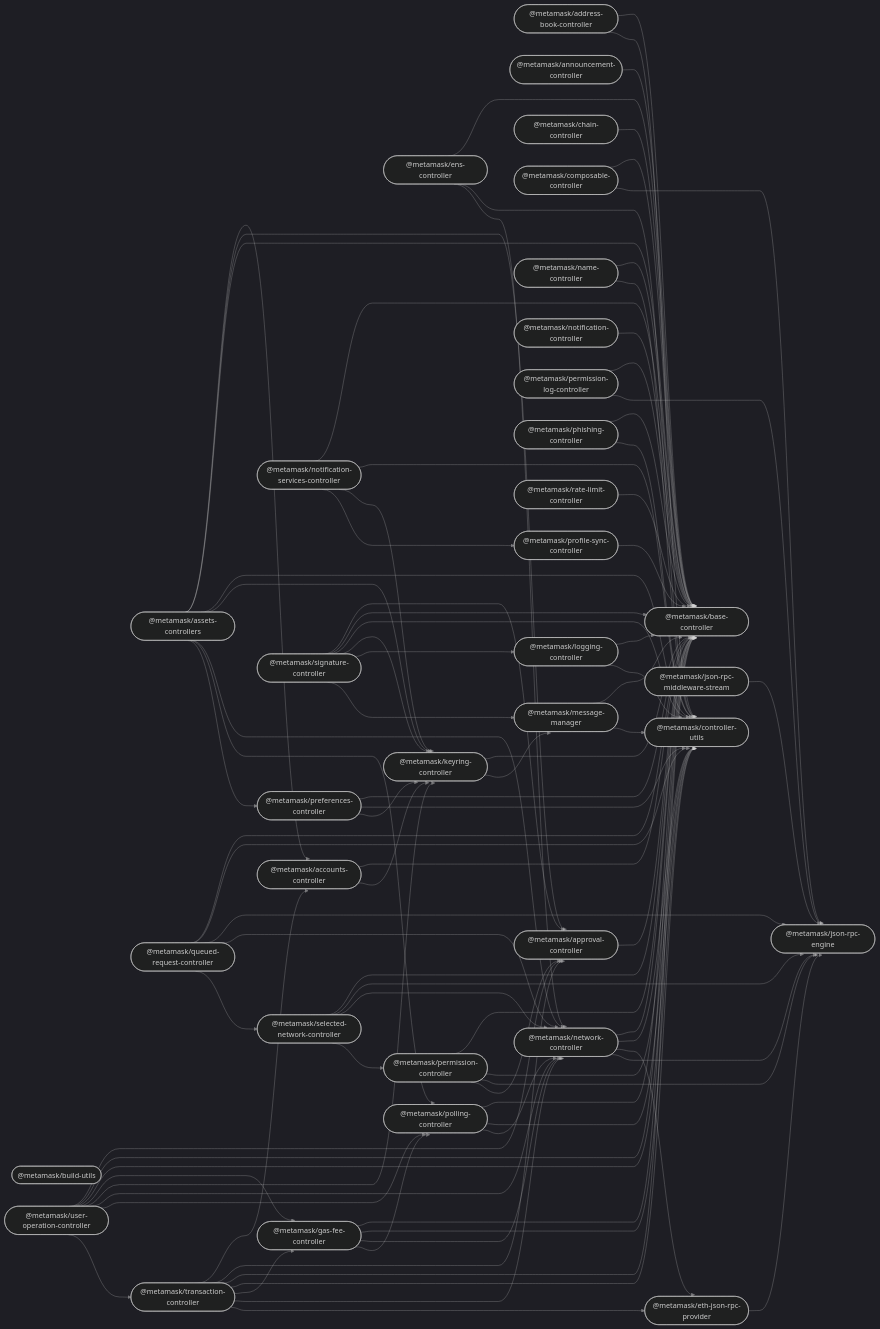
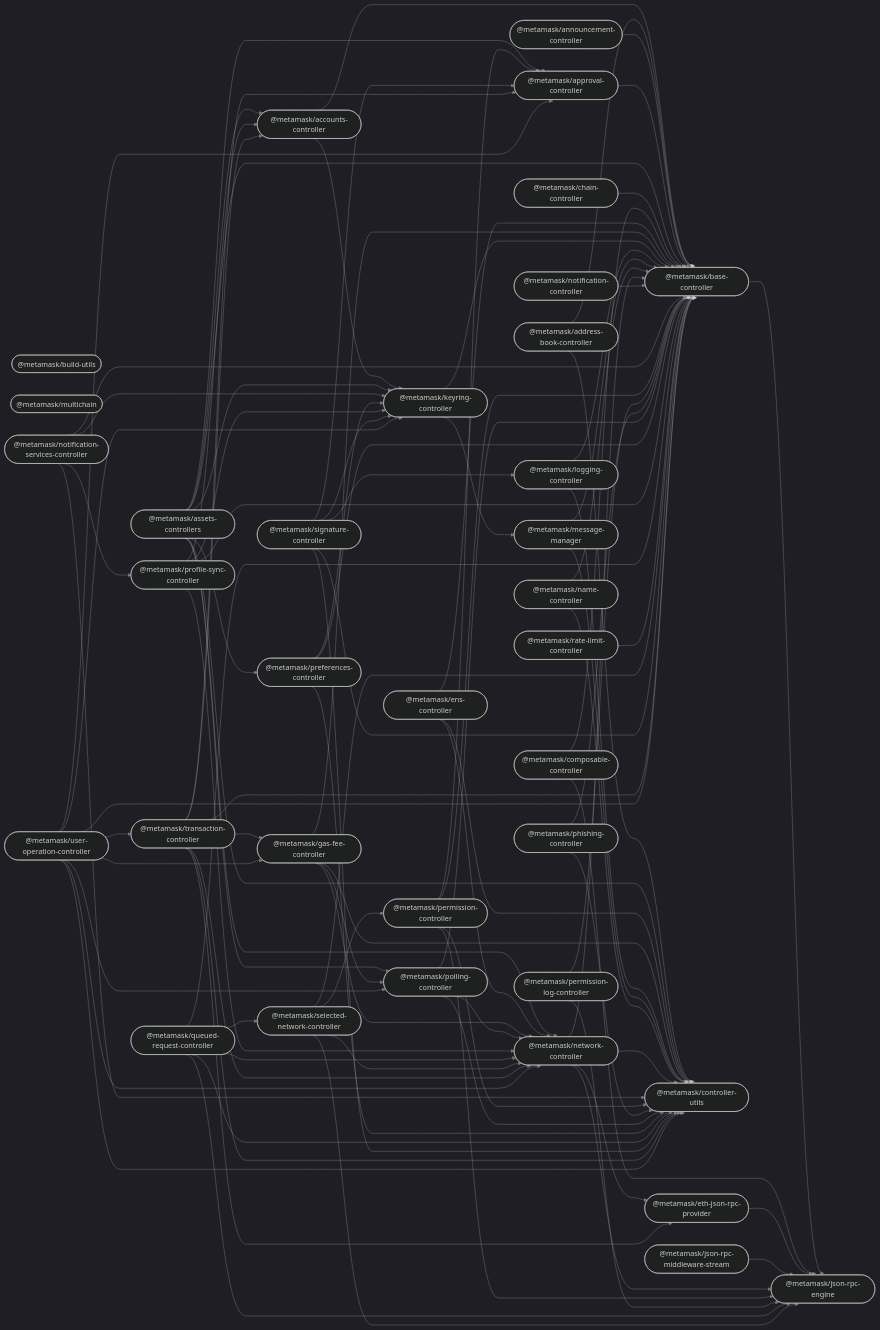
Before and after one commit to MetaMask/core: the diagram in README.md, drawn with Mermaid (dark theme). The commit also changed other lines of this file and 13 other files, not shown here.

First line of the commit message:
feat: create initial `@metamask/multichain` package (#4812)

````diff
--- a/README.md
+++ b/README.md
@@ -71,6 +72,7 @@
   keyring_controller(["@metamask/keyring-controller"]);
   logging_controller(["@metamask/logging-controller"]);
   message_manager(["@metamask/message-manager"]);
+  multichain(["@metamask/multichain"]);
   name_controller(["@metamask/name-controller"]);
   network_controller(["@metamask/network-controller"]);
   notification_controller(["@metamask/notification-controller"]);
@@ -93,14 +95,15 @@
   address_book_controller --> controller_utils;
   announcement_controller --> base_controller;
   approval_controller --> base_controller;
+  assets_controllers --> base_controller;
+  assets_controllers --> controller_utils;
+  assets_controllers --> polling_controller;
   assets_controllers --> accounts_controller;
   assets_controllers --> approval_controller;
-  assets_controllers --> base_controller;
-  assets_controllers --> controller_utils;
   assets_controllers --> keyring_controller;
   assets_controllers --> network_controller;
-  assets_controllers --> polling_controller;
   assets_controllers --> preferences_controller;
+  base_controller --> json_rpc_engine;
   chain_controller --> base_controller;
   composable_controller --> base_controller;
   composable_controller --> json_rpc_engine;
@@ -110,8 +113,8 @@
   eth_json_rpc_provider --> json_rpc_engine;
   gas_fee_controller --> base_controller;
   gas_fee_controller --> controller_utils;
+  gas_fee_controller --> polling_controller;
   gas_fee_controller --> network_controller;
-  gas_fee_controller --> polling_controller;
   json_rpc_middleware_stream --> json_rpc_engine;
   keyring_controller --> base_controller;
   keyring_controller --> message_manager;
@@ -145,6 +148,9 @@
   preferences_controller --> controller_utils;
   preferences_controller --> keyring_controller;
   profile_sync_controller --> base_controller;
+  profile_sync_controller --> keyring_controller;
+  profile_sync_controller --> accounts_controller;
+  profile_sync_controller --> network_controller;
   queued_request_controller --> base_controller;
   queued_request_controller --> controller_utils;
   queued_request_controller --> json_rpc_engine;
@@ -155,25 +161,24 @@
   selected_network_controller --> json_rpc_engine;
   selected_network_controller --> network_controller;
   selected_network_controller --> permission_controller;
-  signature_controller --> approval_controller;
   signature_controller --> base_controller;
   signature_controller --> controller_utils;
+  signature_controller --> approval_controller;
   signature_controller --> keyring_controller;
   signature_controller --> logging_controller;
-  signature_controller --> message_manager;
+  transaction_controller --> base_controller;
+  transaction_controller --> controller_utils;
   transaction_controller --> accounts_controller;
   transaction_controller --> approval_controller;
-  transaction_controller --> base_controller;
-  transaction_controller --> controller_utils;
+  transaction_controller --> eth_json_rpc_provider;
   transaction_controller --> gas_fee_controller;
   transaction_controller --> network_controller;
-  transaction_controller --> eth_json_rpc_provider;
-  user_operation_controller --> approval_controller;
   user_operation_controller --> base_controller;
   user_operation_controller --> controller_utils;
+  user_operation_controller --> polling_controller;
+  user_operation_controller --> approval_controller;
   user_operation_controller --> gas_fee_controller;
   user_operation_controller --> keyring_controller;
   user_operation_controller --> network_controller;
-  user_operation_controller --> polling_controller;
   user_operation_controller --> transaction_controller;
 ```
````
